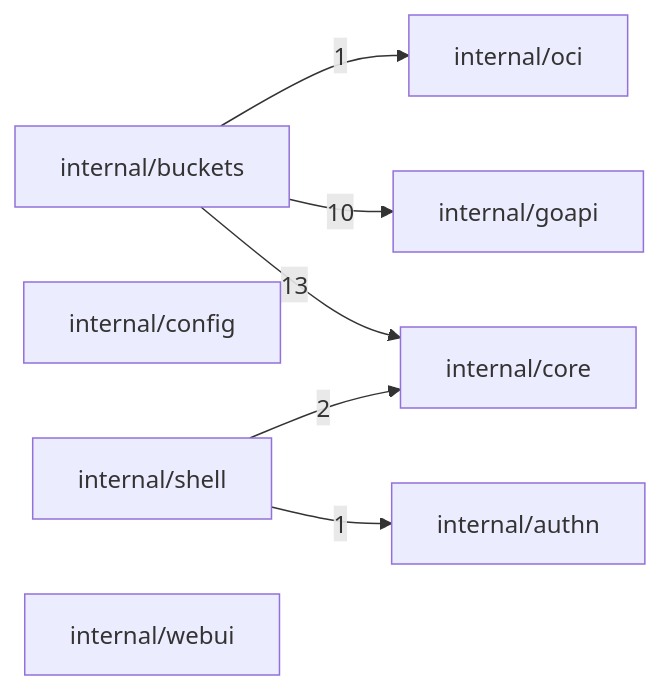
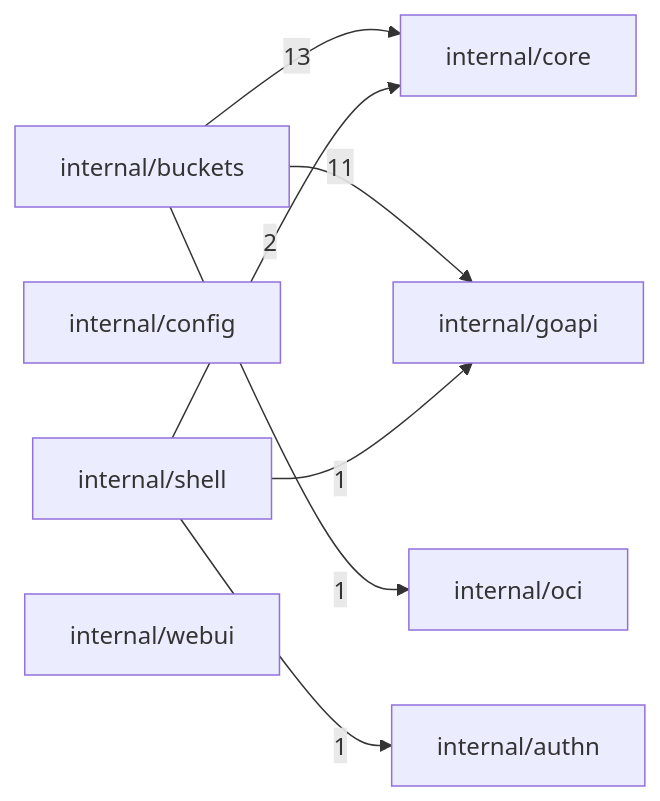
The second of 3 diagrams in docs/architecture.md (aleburrascano/altune), drawn with Mermaid before and after one commit. The commit also changed other lines of this file and 20 other files, not shown here.

````diff
--- a/docs/architecture.md
+++ b/docs/architecture.md
@@ -41,16 +41,17 @@
 ```mermaid
 flowchart LR
   services_overseer_internal_authn["internal/authn"]
   services_overseer_internal_buckets["internal/buckets"]
   services_overseer_internal_config["internal/config"]
   services_overseer_internal_core["internal/core"]
   services_overseer_internal_goapi["internal/goapi"]
   services_overseer_internal_oci["internal/oci"]
   services_overseer_internal_shell["internal/shell"]
   services_overseer_internal_webui["internal/webui"]
   services_overseer_internal_buckets -->|13| services_overseer_internal_core
-  services_overseer_internal_buckets -->|10| services_overseer_internal_goapi
+  services_overseer_internal_buckets -->|11| services_overseer_internal_goapi
   services_overseer_internal_buckets -->|1| services_overseer_internal_oci
   services_overseer_internal_shell -->|1| services_overseer_internal_authn
   services_overseer_internal_shell -->|2| services_overseer_internal_core
+  services_overseer_internal_shell -->|1| services_overseer_internal_goapi
 ```
````
